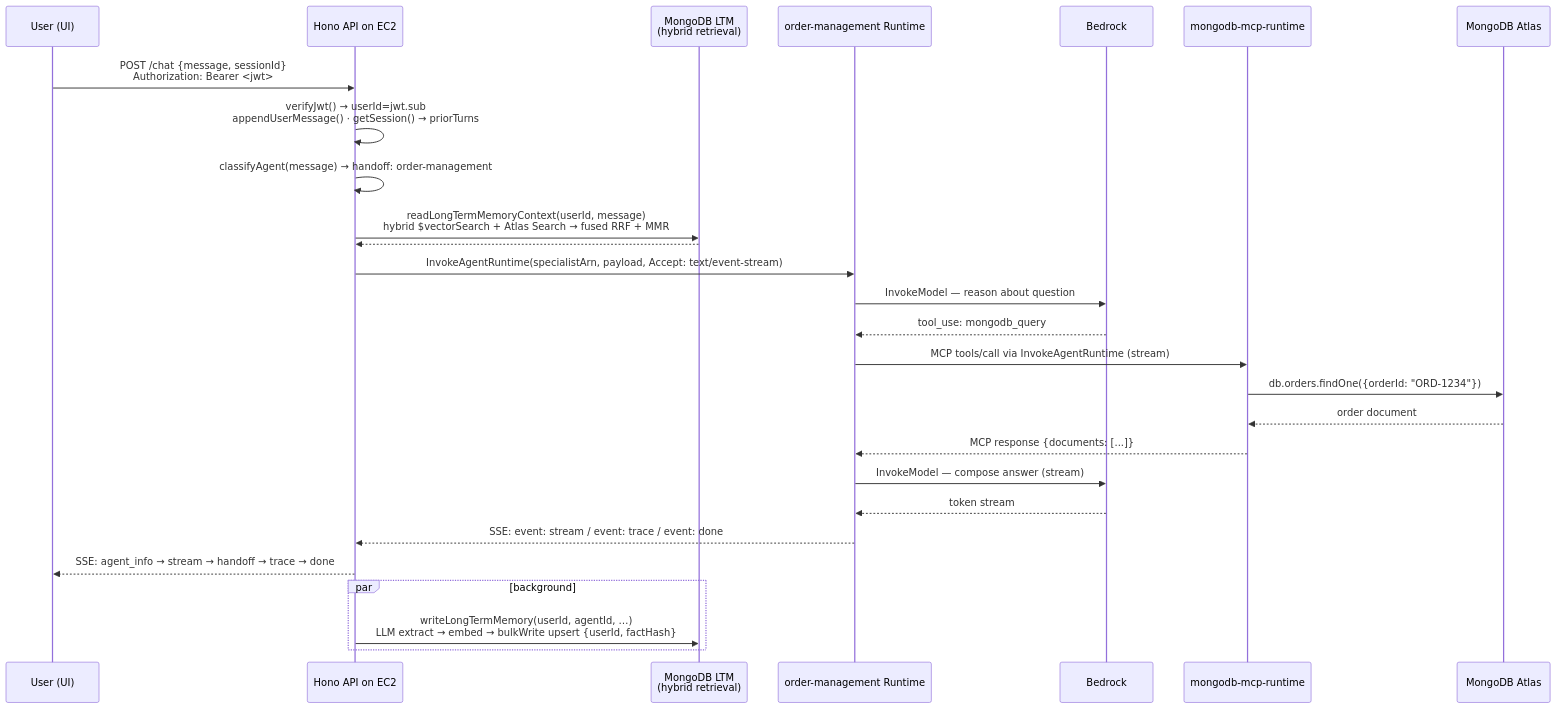
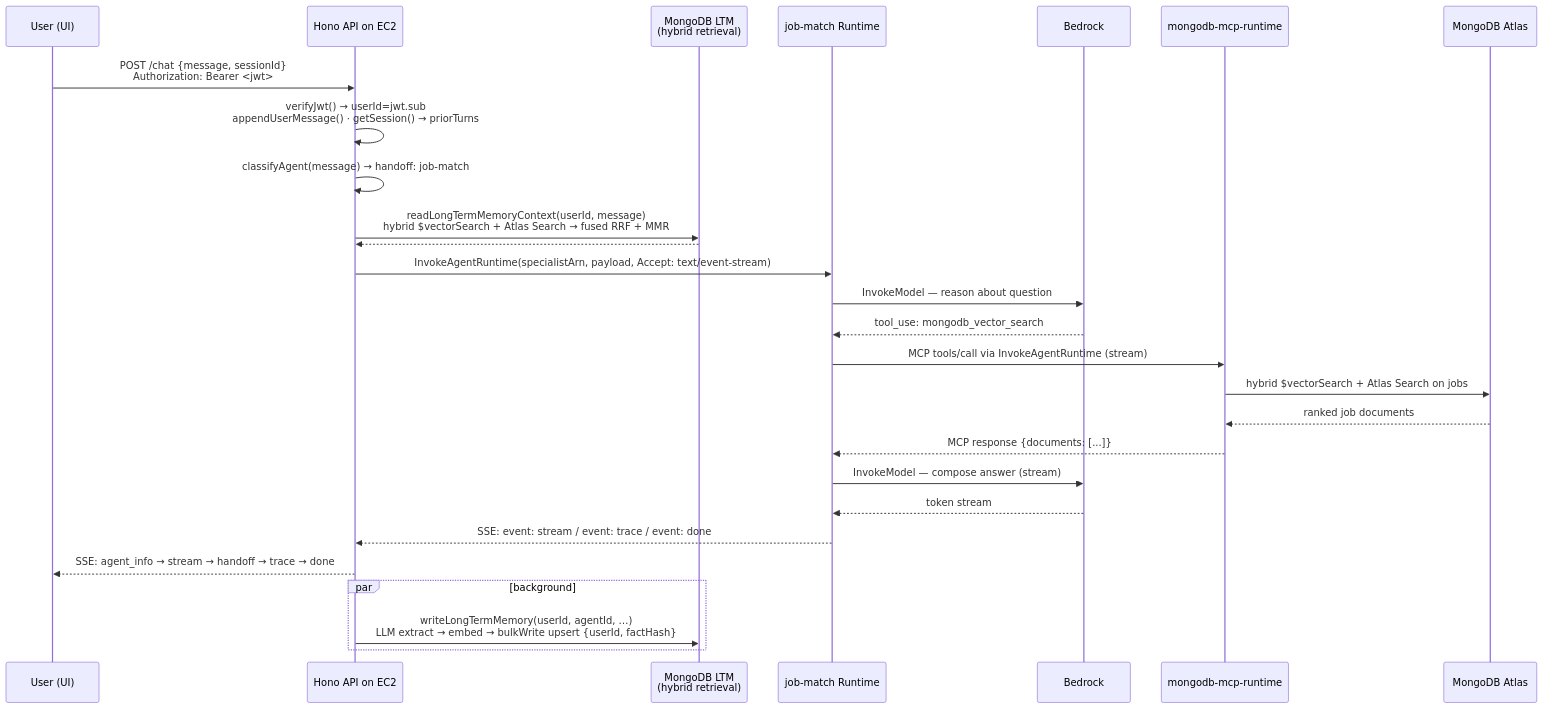
The second of 4 diagrams in docs/architecture.md (mongodb-partners/Multi-Agent-Architectural-Guidance-Bedrock-AgentCore), drawn with Mermaid before and after one commit. The commit also changed other lines of this file and 32 other files, not shown here.

````diff
--- a/docs/architecture.md
+++ b/docs/architecture.md
@@ -90,30 +90,30 @@
 ```mermaid
 sequenceDiagram
   participant U as User (UI)
   participant API as Hono API on EC2
   participant LTM as MongoDB LTM<br/>(hybrid retrieval)
-  participant SPEC as order-management Runtime
+  participant SPEC as job-match Runtime
   participant BED as Bedrock
   participant MCPRT as mongodb-mcp-runtime
   participant DB as MongoDB Atlas
 
   U->>API: POST /chat {message, sessionId}<br/>Authorization: Bearer <jwt>
   API->>API: verifyJwt() → userId=jwt.sub<br/>appendUserMessage() · getSession() → priorTurns
-  API->>API: classifyAgent(message) → handoff: order-management
+  API->>API: classifyAgent(message) → handoff: job-match
   API->>LTM: readLongTermMemoryContext(userId, message)<br/>hybrid $vectorSearch + Atlas Search → fused RRF + MMR
   LTM-->>API: ## Relevant prior context (string)
   API->>SPEC: InvokeAgentRuntime(specialistArn, payload, Accept: text/event-stream)
   SPEC->>BED: InvokeModel — reason about question
-  BED-->>SPEC: tool_use: mongodb_query
+  BED-->>SPEC: tool_use: mongodb_vector_search
   SPEC->>MCPRT: MCP tools/call via InvokeAgentRuntime (stream)
-  MCPRT->>DB: db.orders.findOne({orderId: "ORD-1234"})
-  DB-->>MCPRT: order document
+  MCPRT->>DB: hybrid $vectorSearch + Atlas Search on jobs
+  DB-->>MCPRT: ranked job documents
   MCPRT-->>SPEC: MCP response {documents: [...]}
   SPEC->>BED: InvokeModel — compose answer (stream)
   BED-->>SPEC: token stream
   SPEC-->>API: SSE: event: stream / event: trace / event: done
   API-->>U: SSE: agent_info → stream → handoff → trace → done
   par background
     API->>LTM: writeLongTermMemory(userId, agentId, …)<br/>LLM extract → embed → bulkWrite upsert {userId, factHash}
   end
 ```
````
